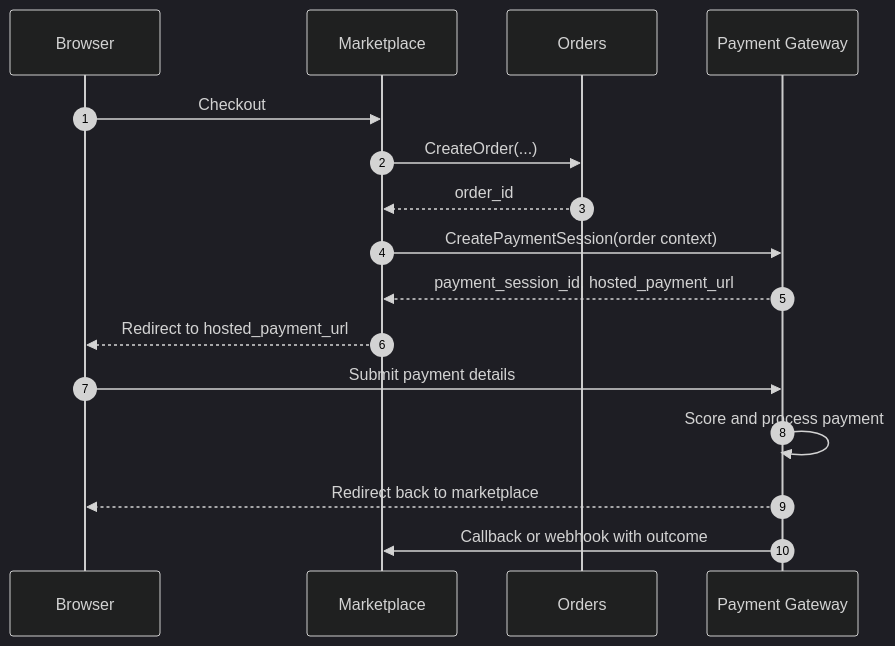
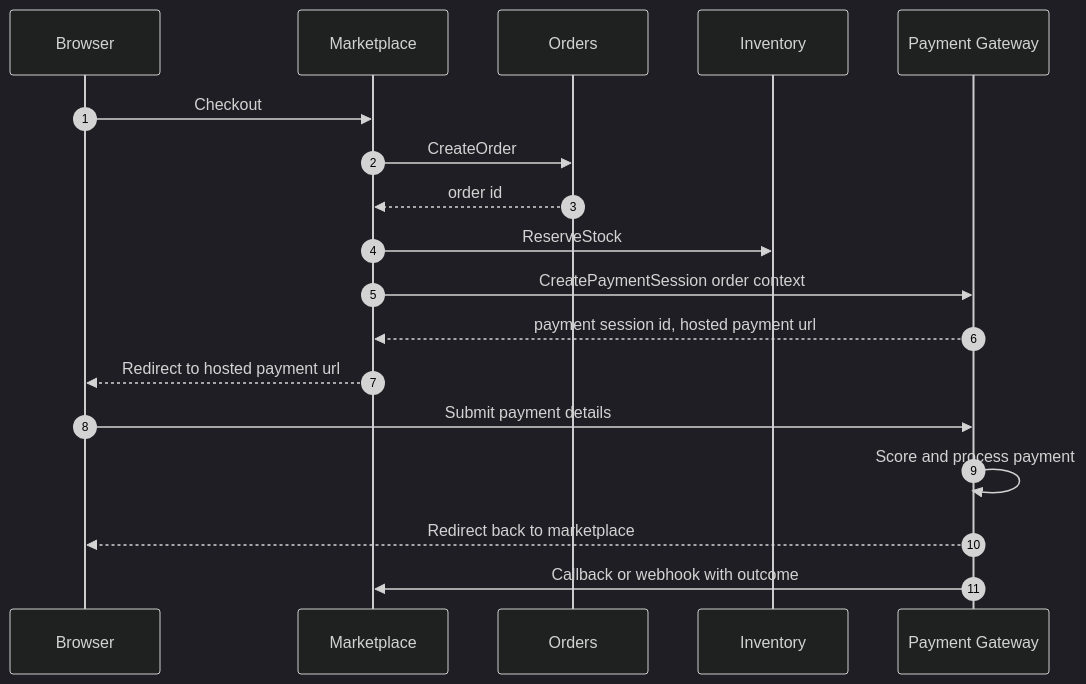
Before and after one commit to phuchoang2603/refurbished-marketplace: the diagram in docs/ecommerce-fraud-gateway.md, drawn with Mermaid (dark theme). The commit also changed other lines of this file and 16 other files, not shown here.

````diff
--- a/docs/ecommerce-fraud-gateway.md
+++ b/docs/ecommerce-fraud-gateway.md
@@ -57,19 +56,21 @@
 ```mermaid
 sequenceDiagram
     autonumber
     participant B as Browser
     participant M as Marketplace
     participant O as Orders
+    participant I as Inventory
     participant G as Payment Gateway
 
     B->>M: Checkout
-    M->>O: CreateOrder(...)
-    O-->>M: order_id
-    M->>G: CreatePaymentSession(order context)
-    G-->>M: payment_session_id, hosted_payment_url
-    M-->>B: Redirect to hosted_payment_url
+    M->>O: CreateOrder
+    O-->>M: order id
+    M->>I: ReserveStock
+    M->>G: CreatePaymentSession order context
+    G-->>M: payment session id, hosted payment url
+    M-->>B: Redirect to hosted payment url
     B->>G: Submit payment details
     G->>G: Score and process payment
     G-->>B: Redirect back to marketplace
     G->>M: Callback or webhook with outcome
 ```
````
